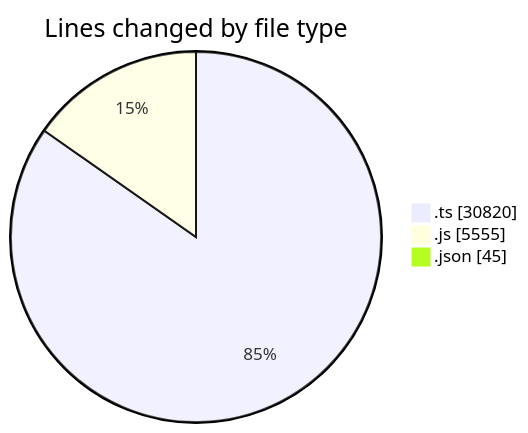
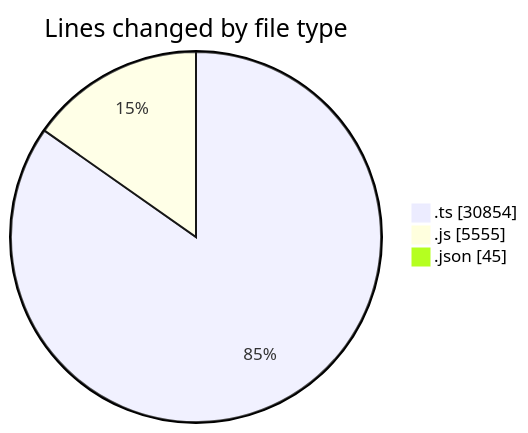
The first of 2 diagrams in 2025-07-29/cda/README.md (momahboobian/code-tracking), drawn with Mermaid before and after one commit. The commit also changed other lines of this file and 1 other file, not shown here.

````diff
--- a/2025-07-29/cda/README.md
+++ b/2025-07-29/cda/README.md
@@ -31,7 +31,7 @@
 ```mermaid
 pie showData
 title Lines changed by file type
-".ts" : 30820
+".ts" : 30854
 ".js" : 5555
 ".json" : 45
 ```
````
